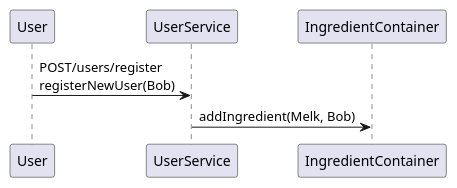
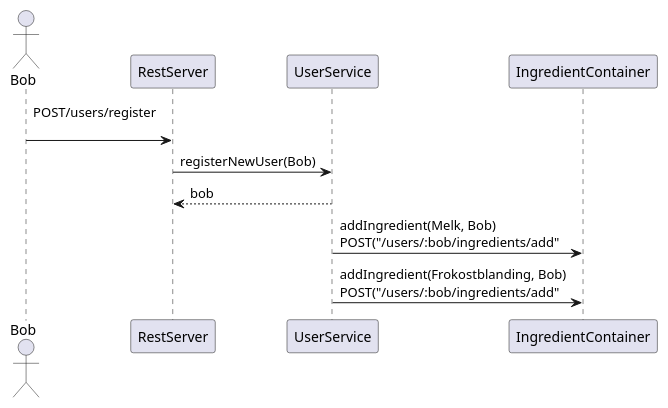
The diagram in documentation/diagrams/sequence_diagram.wsd (joonerik/dinnerium), drawn with PlantUML before and after one commit.

Commit message:
add more details to sequence diagram

```diff
--- a/documentation/diagrams/sequence_diagram.wsd
+++ b/documentation/diagrams/sequence_diagram.wsd
@@ -1,6 +1,12 @@
-@startuml
-User -> UserService: POST/users/register\nregisterNewUser(Bob)
-UserService -> IngredientContainer: addIngredient(Melk, Bob) 
+@startuml sequence_diagram
+actor Bob
+Bob -> RestServer: POST/users/register\n
+RestServer -> UserService: registerNewUser(Bob)
+UserService --> RestServer: bob
+
+UserService -> IngredientContainer: addIngredient(Melk, Bob)\nPOST("/users/:bob/ingredients/add"
+UserService -> IngredientContainer: addIngredient(Frokostblanding, Bob)\nPOST("/users/:bob/ingredients/add"
+
 
 
 @enduml
```
